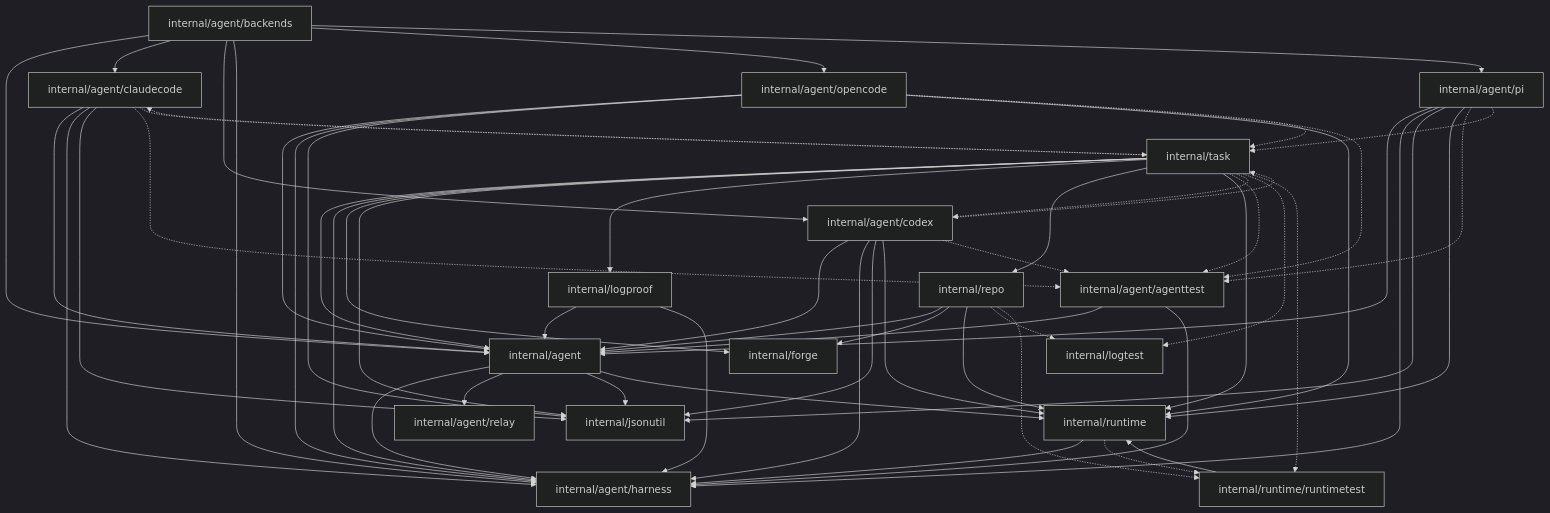
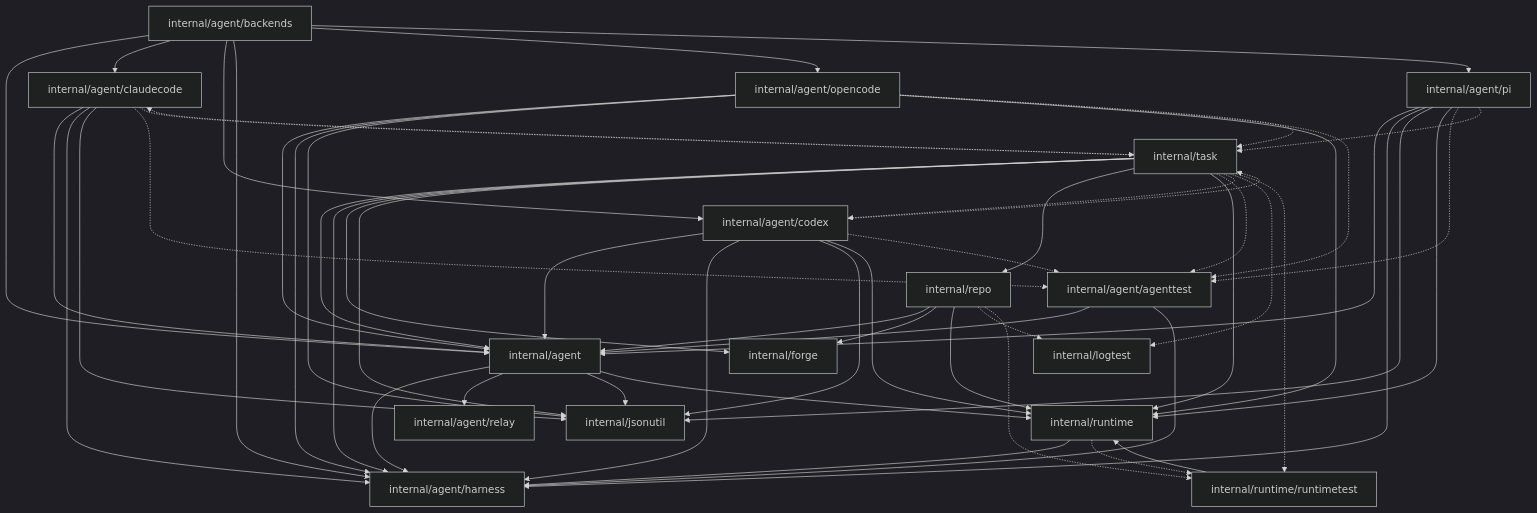
The second of 3 diagrams in backend/docs/ARCHITECTURE.md (caic-xyz/caic), drawn with Mermaid (dark theme) before and after one commit. The commit also changed other lines of this file and 53 other files, not shown here.

````diff
--- a/backend/docs/ARCHITECTURE.md
+++ b/backend/docs/ARCHITECTURE.md
@@ -223,78 +215,74 @@
 ```mermaid
 graph TD
   pkg_internal_agent["internal/agent"]
   pkg_internal_agent_agenttest["internal/agent/agenttest"]
   pkg_internal_agent_backends["internal/agent/backends"]
   pkg_internal_agent_claudecode["internal/agent/claudecode"]
   pkg_internal_agent_codex["internal/agent/codex"]
   pkg_internal_agent_harness["internal/agent/harness"]
   pkg_internal_agent_opencode["internal/agent/opencode"]
   pkg_internal_agent_pi["internal/agent/pi"]
   pkg_internal_agent_relay["internal/agent/relay"]
   pkg_internal_forge["internal/forge"]
   pkg_internal_jsonutil["internal/jsonutil"]
-  pkg_internal_logproof["internal/logproof"]
   pkg_internal_logtest["internal/logtest"]
   pkg_internal_repo["internal/repo"]
   pkg_internal_runtime["internal/runtime"]
   pkg_internal_runtime_runtimetest["internal/runtime/runtimetest"]
   pkg_internal_task["internal/task"]
 
   pkg_internal_agent --> pkg_internal_agent_harness
   pkg_internal_agent --> pkg_internal_agent_relay
   pkg_internal_agent --> pkg_internal_jsonutil
   pkg_internal_agent --> pkg_internal_runtime
   pkg_internal_agent_agenttest --> pkg_internal_agent
   pkg_internal_agent_agenttest --> pkg_internal_agent_harness
   pkg_internal_agent_backends --> pkg_internal_agent
   pkg_internal_agent_backends --> pkg_internal_agent_claudecode
   pkg_internal_agent_backends --> pkg_internal_agent_codex
   pkg_internal_agent_backends --> pkg_internal_agent_harness
   pkg_internal_agent_backends --> pkg_internal_agent_opencode
   pkg_internal_agent_backends --> pkg_internal_agent_pi
   pkg_internal_agent_claudecode --> pkg_internal_agent
   pkg_internal_agent_claudecode --> pkg_internal_agent_harness
   pkg_internal_agent_claudecode --> pkg_internal_jsonutil
   pkg_internal_agent_claudecode -.-> pkg_internal_agent_agenttest
   pkg_internal_agent_claudecode -.-> pkg_internal_task
   pkg_internal_agent_codex --> pkg_internal_agent
   pkg_internal_agent_codex --> pkg_internal_agent_harness
   pkg_internal_agent_codex --> pkg_internal_jsonutil
   pkg_internal_agent_codex --> pkg_internal_runtime
   pkg_internal_agent_codex -.-> pkg_internal_agent_agenttest
   pkg_internal_agent_codex -.-> pkg_internal_task
   pkg_internal_agent_opencode --> pkg_internal_agent
   pkg_internal_agent_opencode --> pkg_internal_agent_harness
   pkg_internal_agent_opencode --> pkg_internal_jsonutil
   pkg_internal_agent_opencode --> pkg_internal_runtime
   pkg_internal_agent_opencode -.-> pkg_internal_agent_agenttest
   pkg_internal_agent_opencode -.-> pkg_internal_task
   pkg_internal_agent_pi --> pkg_internal_agent
   pkg_internal_agent_pi --> pkg_internal_agent_harness
   pkg_internal_agent_pi --> pkg_internal_jsonutil
   pkg_internal_agent_pi --> pkg_internal_runtime
   pkg_internal_agent_pi -.-> pkg_internal_agent_agenttest
   pkg_internal_agent_pi -.-> pkg_internal_task
-  pkg_internal_logproof --> pkg_internal_agent
-  pkg_internal_logproof --> pkg_internal_agent_harness
   pkg_internal_repo --> pkg_internal_agent
   pkg_internal_repo --> pkg_internal_forge
   pkg_internal_repo --> pkg_internal_runtime
   pkg_internal_repo -.-> pkg_internal_logtest
   pkg_internal_repo -.-> pkg_internal_runtime_runtimetest
   pkg_internal_runtime --> pkg_internal_agent_harness
   pkg_internal_runtime -.-> pkg_internal_runtime_runtimetest
   pkg_internal_runtime_runtimetest --> pkg_internal_runtime
   pkg_internal_task --> pkg_internal_agent
   pkg_internal_task --> pkg_internal_agent_harness
   pkg_internal_task --> pkg_internal_forge
   pkg_internal_task --> pkg_internal_jsonutil
-  pkg_internal_task --> pkg_internal_logproof
   pkg_internal_task --> pkg_internal_repo
   pkg_internal_task --> pkg_internal_runtime
   pkg_internal_task -.-> pkg_internal_agent_agenttest
   pkg_internal_task -.-> pkg_internal_agent_claudecode
   pkg_internal_task -.-> pkg_internal_agent_codex
   pkg_internal_task -.-> pkg_internal_logtest
   pkg_internal_task -.-> pkg_internal_runtime_runtimetest
 ```
````
